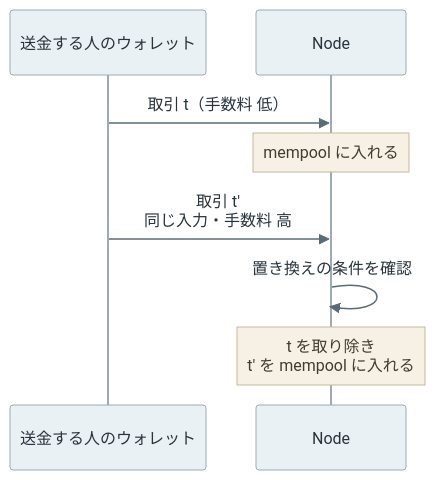
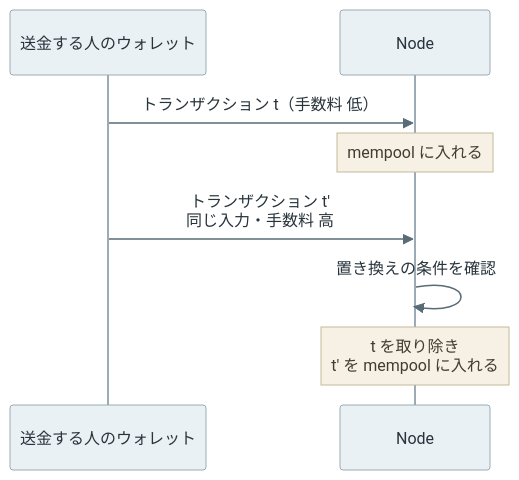
One commit to nao1215/debimate changed the third of 3 diagrams in content/notes/blockchain-systems/mempool/index.md. Above: the diagram before and after it, drawn with Mermaid. The commit also changed other lines of this file and 4 other files, not shown here.

````diff
--- a/content/notes/blockchain-systems/mempool/index.md
+++ b/content/notes/blockchain-systems/mempool/index.md
@@ -289,11 +289,11 @@
 ```mermaid
 %%{init: {"theme":"base","themeVariables":{"primaryColor":"#eaf1f5","primaryTextColor":"#28343b","primaryBorderColor":"#9cabb5","lineColor":"#596b76","textColor":"#28343b","actorBkg":"#eaf1f5","actorBorder":"#9cabb5","actorTextColor":"#28343b","actorLineColor":"#9cabb5","signalColor":"#596b76","signalTextColor":"#28343b","noteBkgColor":"#f7f1e5","noteBorderColor":"#c5b99b","noteTextColor":"#403c32","activationBkgColor":"#edf3ef","activationBorderColor":"#9aafa1"}}}%%
 sequenceDiagram
     participant W as 送金する人のウォレット
     participant N as Node
-    W->>N: 取引 t（手数料 低）
+    W->>N: トランザクション t（手数料 低）
     Note over N: mempool に入れる
-    W->>N: 取引 t'<br/>同じ入力・手数料 高
+    W->>N: トランザクション t'<br/>同じ入力・手数料 高
     N->>N: 置き換えの条件を確認
     Note over N: t を取り除き<br/>t' を mempool に入れる
 ```
````
